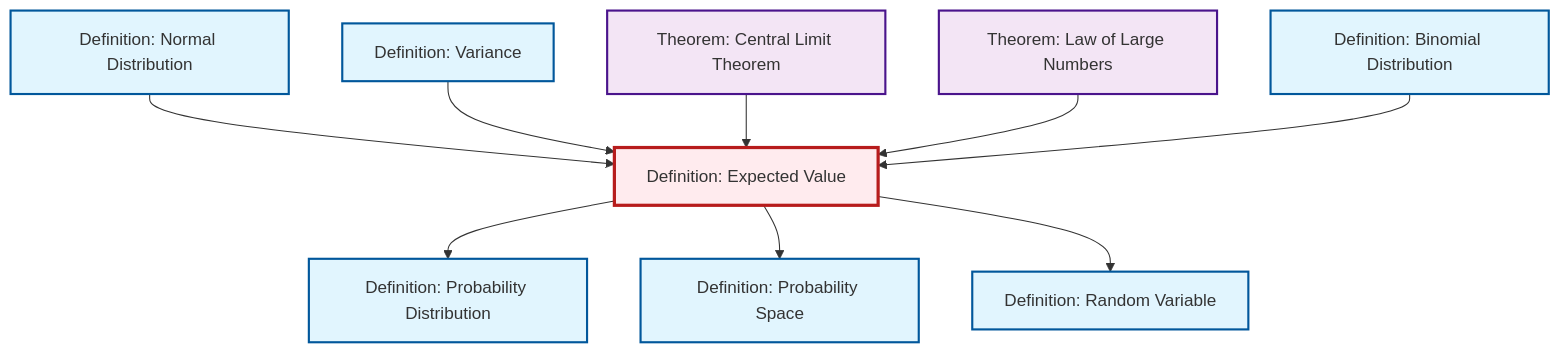
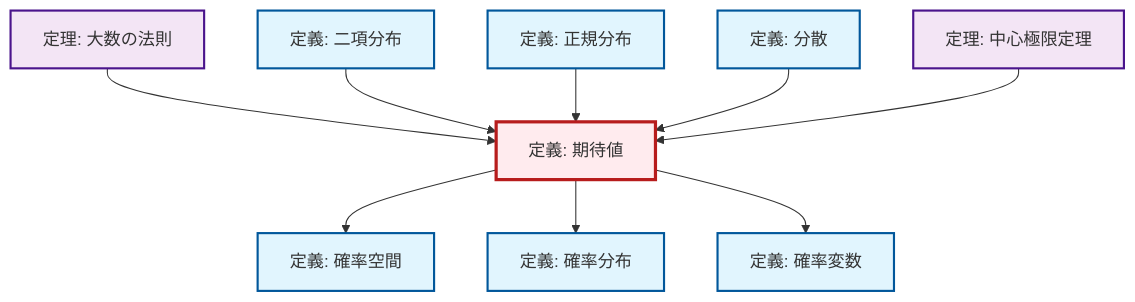
Before and after one commit to RK0429/ModernMath: the second of 2 diagrams in content/ja/probability-statistics/def-expectation.qmd, drawn with Mermaid. The commit also changed 1069 other files, not shown here.

````diff
--- a/content/ja/probability-statistics/def-expectation.qmd
+++ b/content/ja/probability-statistics/def-expectation.qmd
@@ -89,35 +89,35 @@
 ```{mermaid}
 %%| fig-cap: "Local dependency graph"
 graph TD
     classDef definition fill:#e1f5fe,stroke:#01579b,stroke-width:2px
     classDef theorem fill:#f3e5f5,stroke:#4a148c,stroke-width:2px
     classDef axiom fill:#fff3e0,stroke:#e65100,stroke-width:2px
     classDef example fill:#e8f5e9,stroke:#1b5e20,stroke-width:2px
     classDef current fill:#ffebee,stroke:#b71c1c,stroke-width:3px
-    def-expectation["Definition: Expected Value"]:::definition
-    def-binomial-distribution["Definition: Binomial Distribution"]:::definition
-    thm-law-of-large-numbers["Theorem: Law of Large Numbers"]:::theorem
-    def-probability-distribution["Definition: Probability Distribution"]:::definition
-    def-normal-distribution["Definition: Normal Distribution"]:::definition
-    def-variance["Definition: Variance"]:::definition
-    def-random-variable["Definition: Random Variable"]:::definition
-    thm-central-limit["Theorem: Central Limit Theorem"]:::theorem
-    def-probability-space["Definition: Probability Space"]:::definition
-    def-expectation --> def-probability-distribution
+    def-expectation["定義: 期待値"]:::definition
+    thm-central-limit["定理: 中心極限定理"]:::theorem
+    def-binomial-distribution["定義: 二項分布"]:::definition
+    def-random-variable["定義: 確率変数"]:::definition
+    def-variance["定義: 分散"]:::definition
+    def-probability-space["定義: 確率空間"]:::definition
+    thm-law-of-large-numbers["定理: 大数の法則"]:::theorem
+    def-probability-distribution["定義: 確率分布"]:::definition
+    def-normal-distribution["定義: 正規分布"]:::definition
+    thm-law-of-large-numbers --> def-expectation
+    def-expectation --> def-probability-space
+    def-binomial-distribution --> def-expectation
     def-normal-distribution --> def-expectation
     def-variance --> def-expectation
-    def-expectation --> def-probability-space
+    thm-central-limit --> def-expectation
+    def-expectation --> def-probability-distribution
     def-expectation --> def-random-variable
-    thm-central-limit --> def-expectation
-    thm-law-of-large-numbers --> def-expectation
-    def-binomial-distribution --> def-expectation
     class def-expectation current
-    click def-binomial-distribution "def-binomial-distribution.html" "Definition: Binomial Distributionへ"
-    click thm-law-of-large-numbers "thm-law-of-large-numbers.html" "Theorem: Law of Large Numbersへ"
-    click def-probability-distribution "def-probability-distribution.html" "Definition: Probability Distributionへ"
-    click def-normal-distribution "def-normal-distribution.html" "Definition: Normal Distributionへ"
-    click def-variance "def-variance.html" "Definition: Varianceへ"
-    click def-random-variable "def-random-variable.html" "Definition: Random Variableへ"
-    click thm-central-limit "thm-central-limit.html" "Theorem: Central Limit Theoremへ"
-    click def-probability-space "def-probability-space.html" "Definition: Probability Spaceへ"
+    click thm-central-limit "thm-central-limit.html" "中心極限定理の定理へ"
+    click def-binomial-distribution "def-binomial-distribution.html" "二項分布の定義へ"
+    click def-random-variable "def-random-variable.html" "確率変数の定義へ"
+    click def-variance "def-variance.html" "分散の定義へ"
+    click def-probability-space "def-probability-space.html" "確率空間の定義へ"
+    click thm-law-of-large-numbers "thm-law-of-large-numbers.html" "大数の法則の定理へ"
+    click def-probability-distribution "def-probability-distribution.html" "確率分布の定義へ"
+    click def-normal-distribution "def-normal-distribution.html" "正規分布の定義へ"
 ```
````
